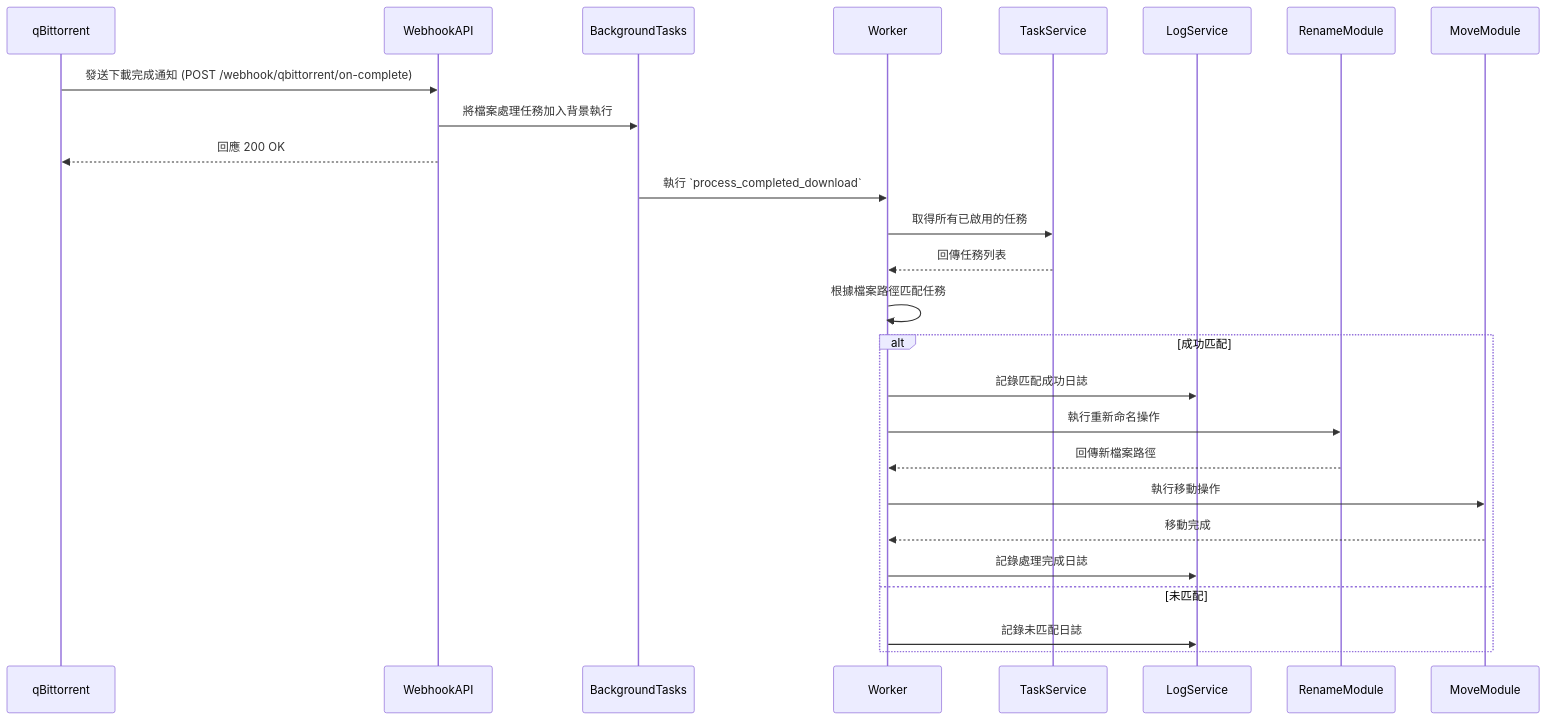
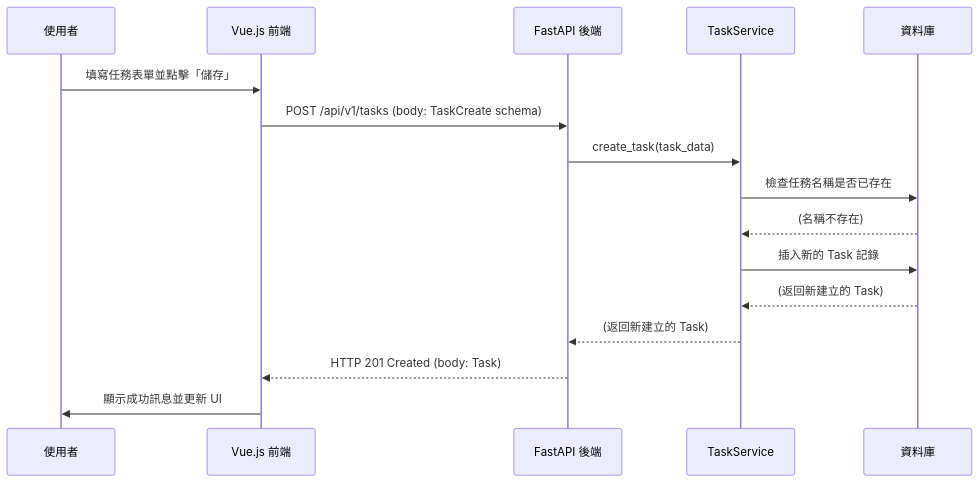
One commit to ThanatosDi/Movera changed the second of 2 diagrams in spec.md. Above: the diagram before and after it, drawn with Mermaid. The commit also changed other lines of this file, not shown here.

````diff
--- a/spec.md
+++ b/spec.md
@@ -137,29 +100,19 @@
 ```mermaid
 sequenceDiagram
-    participant qBittorrent
-    participant WebhookAPI
-    participant BackgroundTasks
-    participant Worker
-    participant TaskService
-    participant LogService
-    participant RenameModule
-    participant MoveModule
+    participant User as 使用者
+    participant FE as Vue.js 前端
+    participant API as FastAPI 後端
+    participant Service as TaskService
+    participant DB as 資料庫
 
-    qBittorrent->>WebhookAPI: 發送下載完成通知 (POST /webhook/qbittorrent/on-complete)
-    WebhookAPI->>BackgroundTasks: 將檔案處理任務加入背景執行
-    WebhookAPI-->>qBittorrent: 回應 200 OK
-    BackgroundTasks->>Worker: 執行 `process_completed_download`
-    Worker->>TaskService: 取得所有已啟用的任務
-    TaskService-->>Worker: 回傳任務列表
-    Worker->>Worker: 根據檔案路徑匹配任務
-    alt 成功匹配
-        Worker->>LogService: 記錄匹配成功日誌
-        Worker->>RenameModule: 執行重新命名操作
-        RenameModule-->>Worker: 回傳新檔案路徑
-        Worker->>MoveModule: 執行移動操作
-        MoveModule-->>Worker: 移動完成
-        Worker->>LogService: 記錄處理完成日誌
-    else 未匹配
-        Worker->>LogService: 記錄未匹配日誌
-    end
+    User->>FE: 填寫任務表單並點擊「儲存」
+    FE->>API: POST /api/v1/tasks (body: TaskCreate schema)
+    API->>Service: create_task(task_data)
+    Service->>DB: 檢查任務名稱是否已存在
+    DB-->>Service: (名稱不存在)
+    Service->>DB: 插入新的 Task 記錄
+    DB-->>Service: (返回新建立的 Task)
+    Service-->>API: (返回新建立的 Task)
+    API-->>FE: HTTP 201 Created (body: Task)
+    FE->>User: 顯示成功訊息並更新 UI
 ```
````
